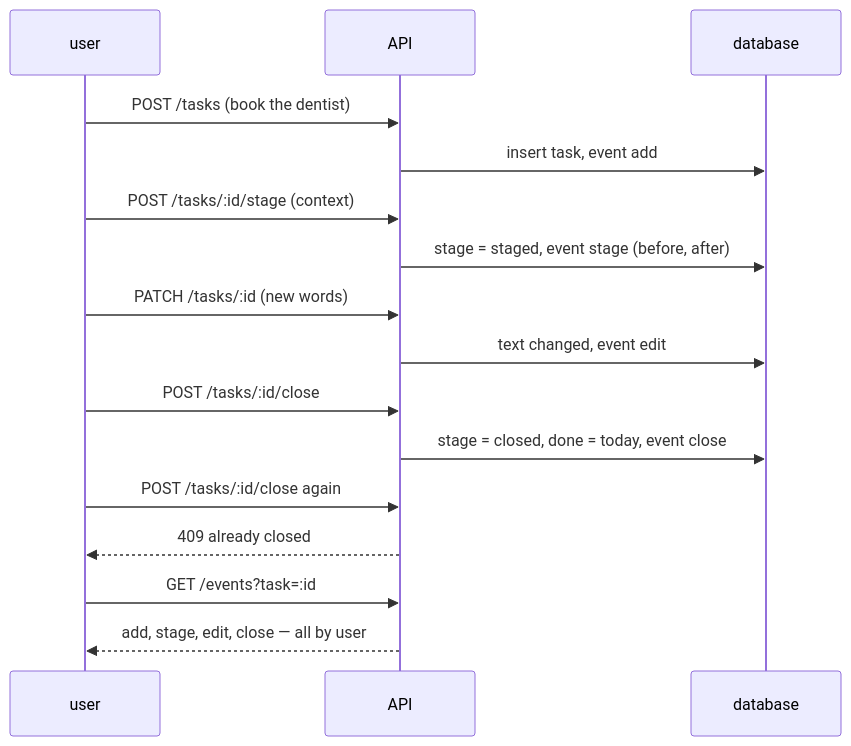
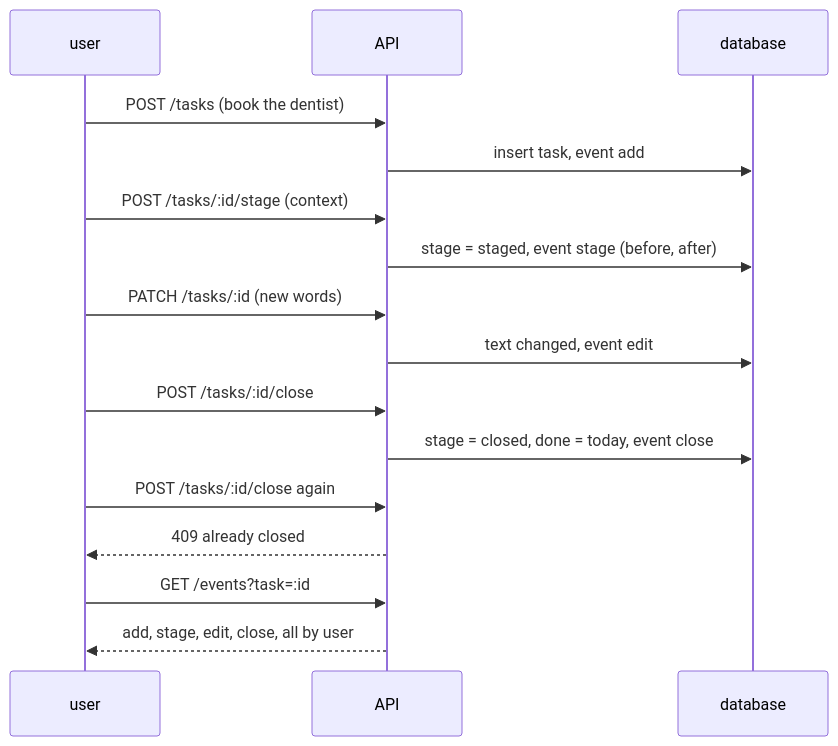
One commit to Pran-Ker/undercurrent changed the fourth of 10 diagrams in TESTING.md. Above: the diagram before and after it, drawn with Mermaid. The commit also changed other lines of this file and 21 other files, not shown here.

````diff
--- a/TESTING.md
+++ b/TESTING.md
@@ -14,18 +65,18 @@
 ```mermaid
 sequenceDiagram
   participant U as user
   participant A as API
   participant D as database
   U->>A: POST /tasks (book the dentist)
   A->>D: insert task, event add
   U->>A: POST /tasks/:id/stage (context)
   A->>D: stage = staged, event stage (before, after)
   U->>A: PATCH /tasks/:id (new words)
   A->>D: text changed, event edit
   U->>A: POST /tasks/:id/close
   A->>D: stage = closed, done = today, event close
   U->>A: POST /tasks/:id/close again
   A-->>U: 409 already closed
   U->>A: GET /events?task=:id
-  A-->>U: add, stage, edit, close — all by user
+  A-->>U: add, stage, edit, close, all by user
 ```
````
